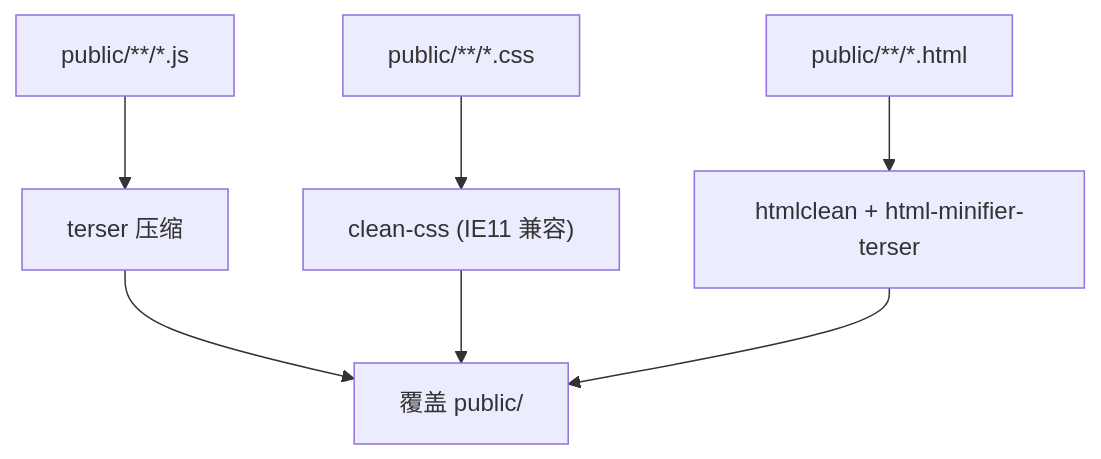
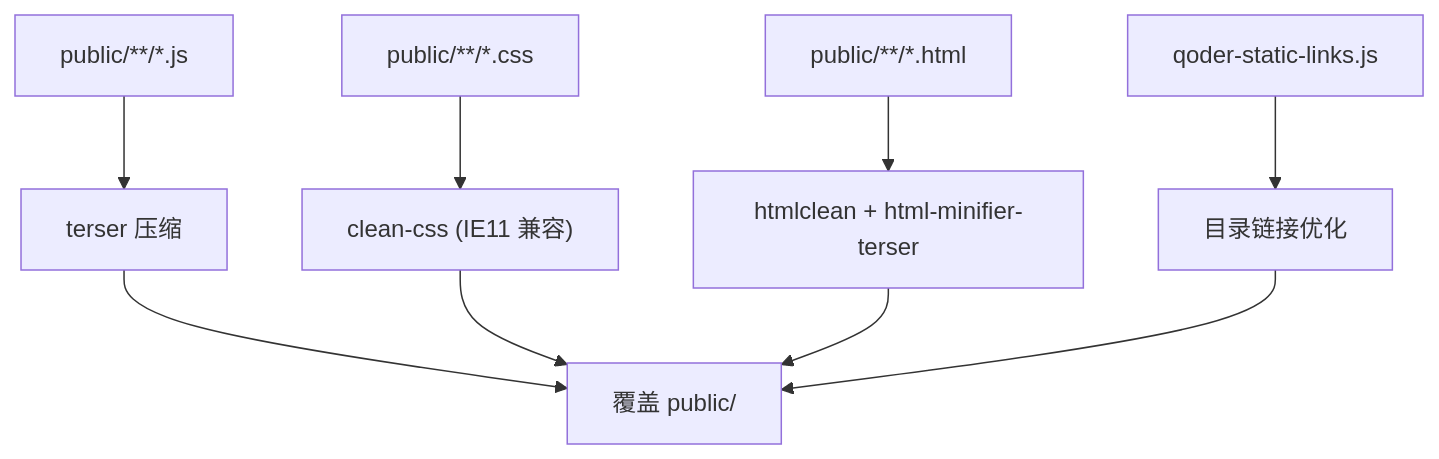
One commit to N1280851853/my_blog changed diagram 13 of 14 in .qoder/repowiki/zh/content/开发工具与脚本/开发工具与脚本.md. Above: the diagram before and after it, drawn with Mermaid. The commit also changed other lines of this file and 8 other files, not shown here.

````diff
--- a/.qoder/repowiki/zh/content/开发工具与脚本/开发工具与脚本.md
+++ b/.qoder/repowiki/zh/content/开发工具与脚本/开发工具与脚本.md
@@ -316,9 +371,11 @@
 ```mermaid
 flowchart TD
 A["public/**/*.js"] --> B["terser 压缩"]
 C["public/**/*.css"] --> D["clean-css (IE11 兼容)"]
 E["public/**/*.html"] --> F["htmlclean + html-minifier-terser"]
-B --> G["覆盖 public/"]
-D --> G
-F --> G
+G["qoder-static-links.js"] --> H["目录链接优化"]
+B --> I["覆盖 public/"]
+D --> I
+F --> I
+H --> I
 ```
````
